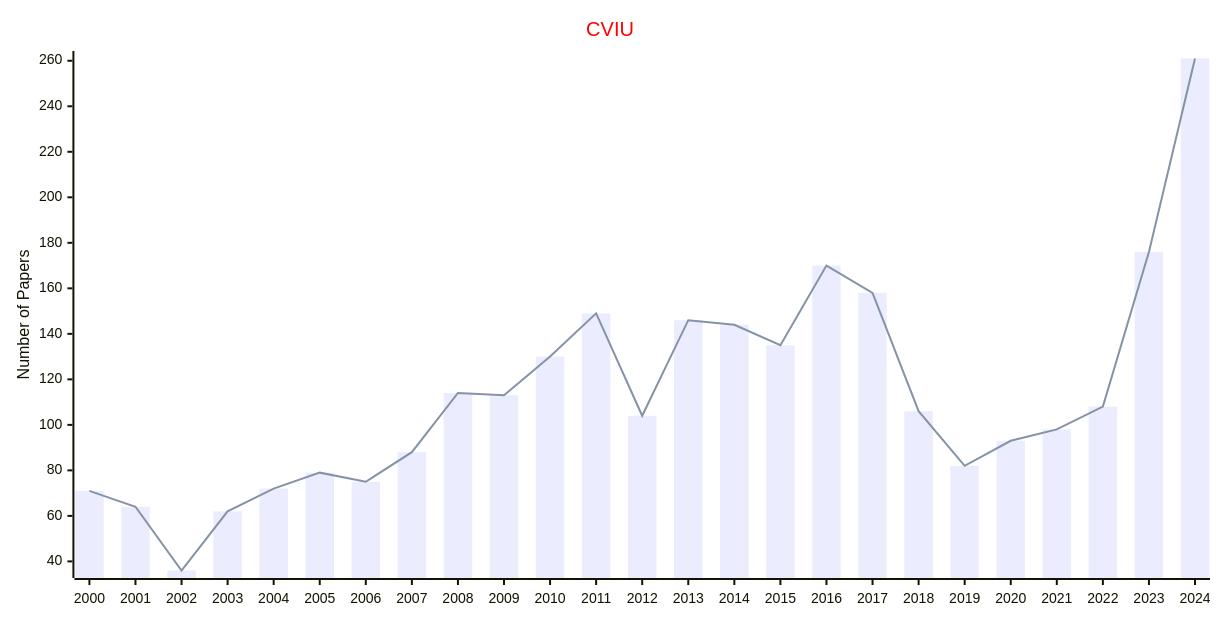
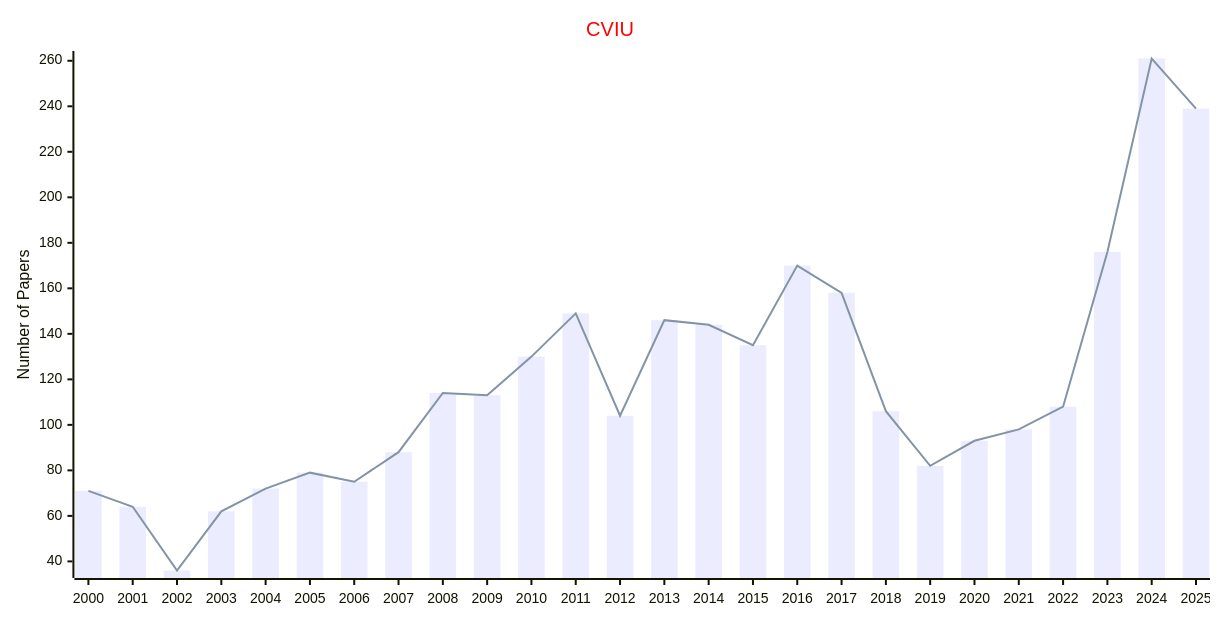
The first of 4 diagrams in docs/data/Journals/Statistics_Journals/Computer_Vision.md (Easy-PhD/AILinks), drawn with Mermaid before and after one commit. The commit also changed other lines of this file and 107 other files, not shown here.

````diff
--- a/docs/data/Journals/Statistics_Journals/Computer_Vision.md
+++ b/docs/data/Journals/Statistics_Journals/Computer_Vision.md
@@ -9,17 +9,17 @@
 ```mermaid
 ---
 config:
     xyChart:
         width: 1200
         height: 600
     themeVariables:
         xyChart:
             titleColor: "#ff0000"
 ---
 xychart-beta
     title "CVIU"
-    x-axis [2000, 2001, 2002, 2003, 2004, 2005, 2006, 2007, 2008, 2009, 2010, 2011, 2012, 2013, 2014, 2015, 2016, 2017, 2018, 2019, 2020, 2021, 2022, 2023, 2024]
+    x-axis [2000, 2001, 2002, 2003, 2004, 2005, 2006, 2007, 2008, 2009, 2010, 2011, 2012, 2013, 2014, 2015, 2016, 2017, 2018, 2019, 2020, 2021, 2022, 2023, 2024, 2025]
     y-axis "Number of Papers"
-    bar [71, 64, 36, 62, 72, 79, 75, 88, 114, 113, 130, 149, 104, 146, 144, 135, 170, 158, 106, 82, 93, 98, 108, 176, 261]
-    line [71, 64, 36, 62, 72, 79, 75, 88, 114, 113, 130, 149, 104, 146, 144, 135, 170, 158, 106, 82, 93, 98, 108, 176, 261]
+    bar [71, 64, 36, 62, 72, 79, 75, 88, 114, 113, 130, 149, 104, 146, 144, 135, 170, 158, 106, 82, 93, 98, 108, 176, 261, 239]
+    line [71, 64, 36, 62, 72, 79, 75, 88, 114, 113, 130, 149, 104, 146, 144, 135, 170, 158, 106, 82, 93, 98, 108, 176, 261, 239]
 ```
````
